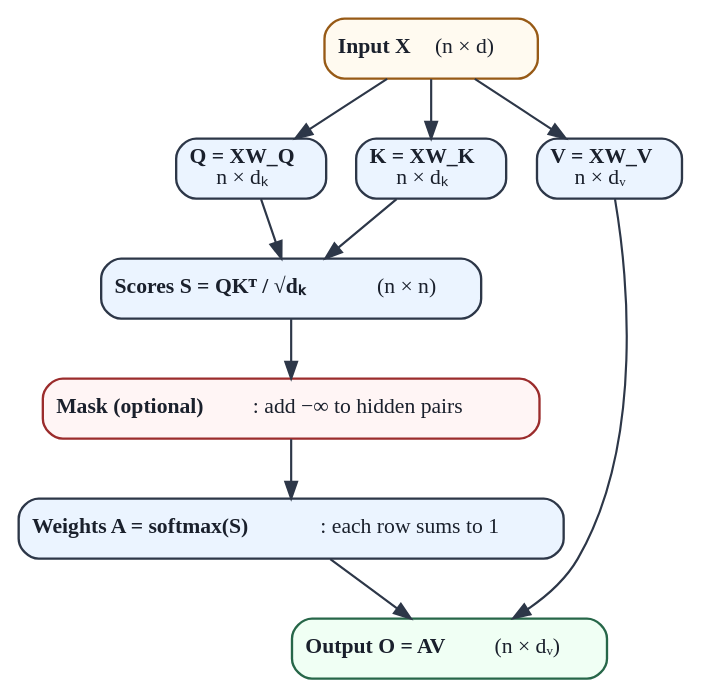
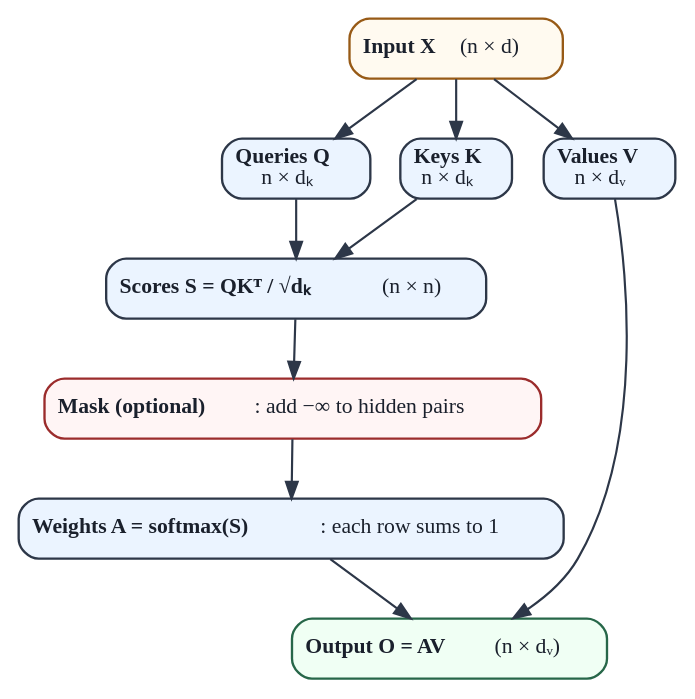
The diagram in chapters/01-foundations/figures/scaled_dot_product_attention.dot (Beaker12/llmatlas), drawn with Graphviz before and after one commit. The commit also changed 23 other files, not shown here.

Commit message:
Chapter 1: larger text in the sinusoidal and position-cost plots, schematic labels without underscores

```diff
--- a/chapters/01-foundations/figures/scaled_dot_product_attention.dot
+++ b/chapters/01-foundations/figures/scaled_dot_product_attention.dot
@@ -1,22 +1,22 @@
 digraph ScaledDotProductAttention {
     graph [fontname="Arial" fontsize=13 bgcolor=white];
 
     x [label=<<b>Input X</b>  (n × d)> shape=box style="rounded,filled" fillcolor="#fffaf0" color="#975a16" penwidth=1.4 fontsize=13 fontcolor="#1a202c"];
-    q [label=<<b>Q = XW_Q</b><br/>n × dₖ> shape=box style="rounded,filled" fillcolor="#ebf4ff" color="#2d3748" penwidth=1.4 fontsize=13 fontcolor="#1a202c"];
-    k [label=<<b>K = XW_K</b><br/>n × dₖ> shape=box style="rounded,filled" fillcolor="#ebf4ff" color="#2d3748" penwidth=1.4 fontsize=13 fontcolor="#1a202c"];
-    v [label=<<b>V = XW_V</b><br/>n × dᵥ> shape=box style="rounded,filled" fillcolor="#ebf4ff" color="#2d3748" penwidth=1.4 fontsize=13 fontcolor="#1a202c"];
+    q [label=<<b>Queries Q</b><br/>n × dₖ> shape=box style="rounded,filled" fillcolor="#ebf4ff" color="#2d3748" penwidth=1.4 fontsize=13 fontcolor="#1a202c"];
+    k [label=<<b>Keys K</b><br/>n × dₖ> shape=box style="rounded,filled" fillcolor="#ebf4ff" color="#2d3748" penwidth=1.4 fontsize=13 fontcolor="#1a202c"];
+    v [label=<<b>Values V</b><br/>n × dᵥ> shape=box style="rounded,filled" fillcolor="#ebf4ff" color="#2d3748" penwidth=1.4 fontsize=13 fontcolor="#1a202c"];
     { rank=same; q; k; v; }
     s [label=<<b>Scores S = QKᵀ / √dₖ</b>   (n × n)> shape=box style="rounded,filled" fillcolor="#ebf4ff" color="#2d3748" penwidth=1.4 fontsize=13 fontcolor="#1a202c"];
     m [label=<<b>Mask (optional)</b>: add −∞ to hidden pairs> shape=box style="rounded,filled" fillcolor="#fff5f5" color="#9b2c2c" penwidth=1.4 fontsize=13 fontcolor="#1a202c"];
     a [label=<<b>Weights A = softmax(S)</b>: each row sums to 1> shape=box style="rounded,filled" fillcolor="#ebf4ff" color="#2d3748" penwidth=1.4 fontsize=13 fontcolor="#1a202c"];
     o [label=<<b>Output O = AV</b>   (n × dᵥ)> shape=box style="rounded,filled" fillcolor="#f0fff4" color="#276749" penwidth=1.4 fontsize=13 fontcolor="#1a202c"];
     x -> q [color="#2d3748" penwidth=1.3 fontsize=12 fontcolor="#1a202c"];
     x -> k [color="#2d3748" penwidth=1.3 fontsize=12 fontcolor="#1a202c"];
     x -> v [color="#2d3748" penwidth=1.3 fontsize=12 fontcolor="#1a202c"];
     q -> s [color="#2d3748" penwidth=1.3 fontsize=12 fontcolor="#1a202c"];
     k -> s [color="#2d3748" penwidth=1.3 fontsize=12 fontcolor="#1a202c"];
     s -> m [color="#2d3748" penwidth=1.3 fontsize=12 fontcolor="#1a202c"];
     m -> a [color="#2d3748" penwidth=1.3 fontsize=12 fontcolor="#1a202c"];
     a -> o [color="#2d3748" penwidth=1.3 fontsize=12 fontcolor="#1a202c"];
     v -> o [color="#2d3748" penwidth=1.3 fontsize=12 fontcolor="#1a202c"];
 }
```
